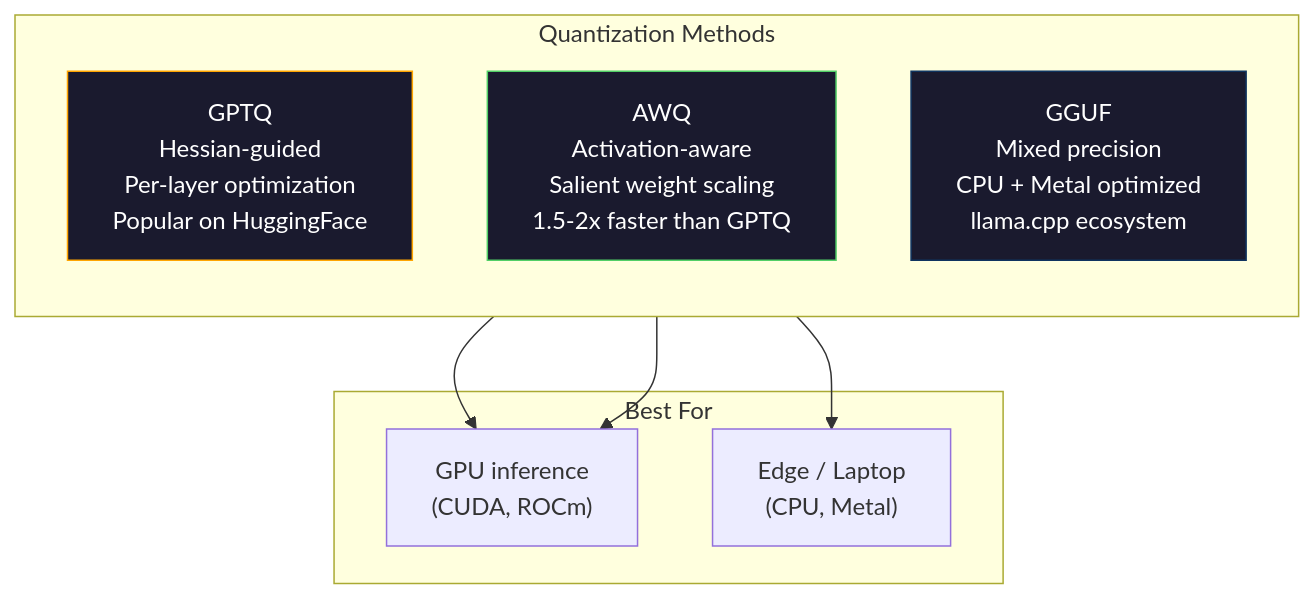
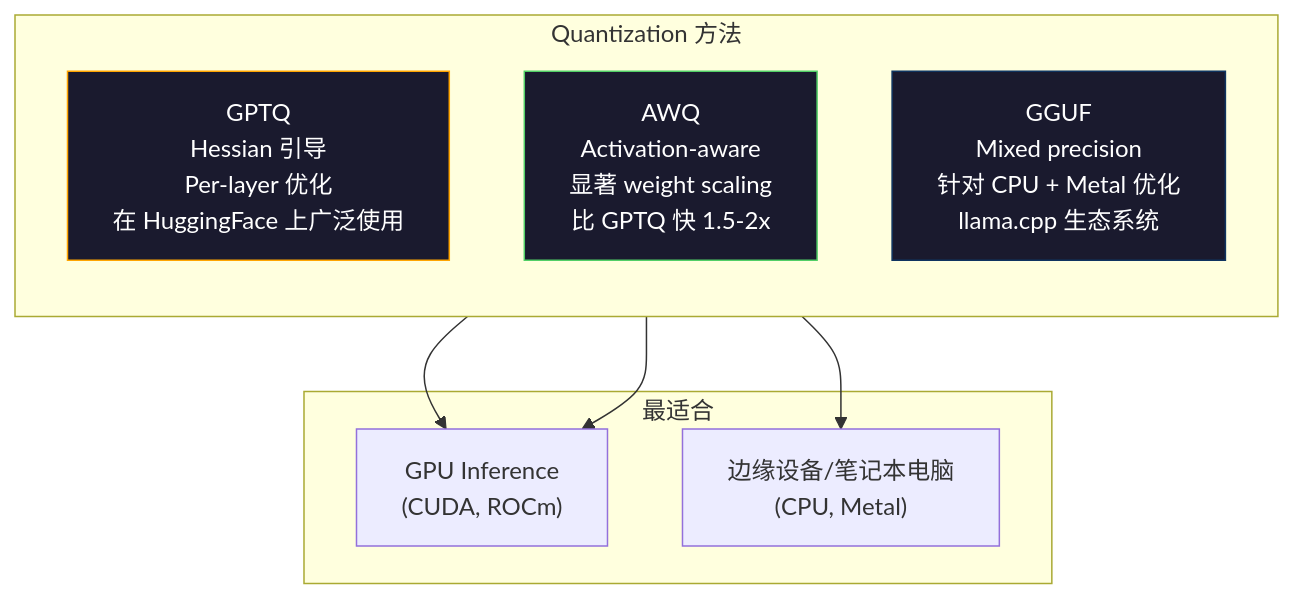
The third of 3 diagrams in phases/10-llms-from-scratch/11-quantization/docs/en.md (cluster1900/ai-engineering-from-scratch-zh), drawn with Mermaid before and after one commit. The commit also changed other lines of this file and 1 other file, not shown here.

````diff
--- a/phases/10-llms-from-scratch/11-quantization/docs/en.md
+++ b/phases/10-llms-from-scratch/11-quantization/docs/en.md
@@ -162,22 +168,22 @@
 ```mermaid
 graph TD
-    subgraph Methods["Quantization Methods"]
+    subgraph Methods["Quantization 方法"]
         direction TB
-        GPTQ_["GPTQ\nHessian-guided\nPer-layer optimization\nPopular on HuggingFace"]
-        AWQ_["AWQ\nActivation-aware\nSalient weight scaling\n1.5-2x faster than GPTQ"]
-        GGUF_["GGUF\nMixed precision\nCPU + Metal optimized\nllama.cpp ecosystem"]
+        GPTQ_["GPTQ\nHessian 引导\nPer-layer 优化\n在 HuggingFace 上广泛使用"]
+        AWQ_["AWQ\nActivation-aware\n显著 weight scaling\n比 GPTQ 快 1.5-2x"]
+        GGUF_["GGUF\nMixed precision\n针对 CPU + Metal 优化\nllama.cpp 生态系统"]
     end
 
-    subgraph Use["Best For"]
-        GPU["GPU inference\n(CUDA, ROCm)"]
-        EDGE["Edge / Laptop\n(CPU, Metal)"]
+    subgraph Use["最适合"]
+        GPU["GPU Inference\n(CUDA, ROCm)"]
+        EDGE["边缘设备/笔记本电脑\n(CPU, Metal)"]
     end
 
     GPTQ_ --> GPU
     AWQ_ --> GPU
     GGUF_ --> EDGE
 
     style GPTQ_ fill:#1a1a2e,stroke:#ffa500,color:#fff
     style AWQ_ fill:#1a1a2e,stroke:#51cf66,color:#fff
     style GGUF_ fill:#1a1a2e,stroke:#0f3460,color:#fff
 ```
````
